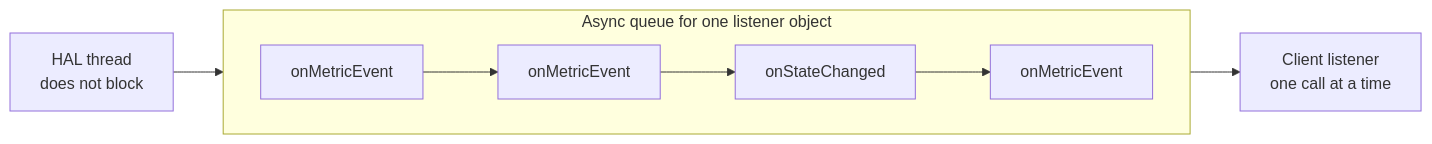
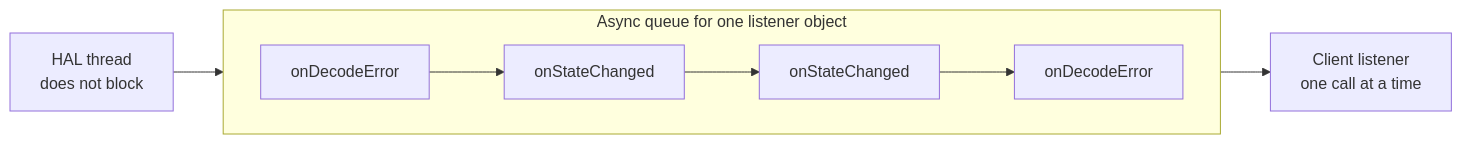
Before and after one commit to rdkcentral/rdk-halif-aidl: the sixth of 6 diagrams in docs/introduction/binder_call_path.md, drawn with Mermaid. The commit also changed other lines of this file, not shown here.

````diff
--- a/docs/introduction/binder_call_path.md
+++ b/docs/introduction/binder_call_path.md
@@ -136,9 +139,9 @@
 ```mermaid
 flowchart LR
     H[HAL thread<br/>does not block] --> Q
     subgraph Q[Async queue for one listener object]
         direction LR
-        e1[onMetricEvent] --> e2[onMetricEvent] --> e3[onStateChanged] --> e4[onMetricEvent]
+        e1[onDecodeError] --> e2[onStateChanged] --> e3[onStateChanged] --> e4[onDecodeError]
     end
     Q --> L[Client listener<br/>one call at a time]
 ```
````
